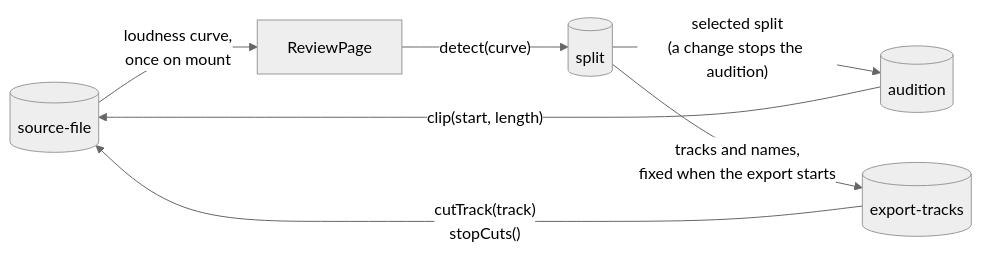
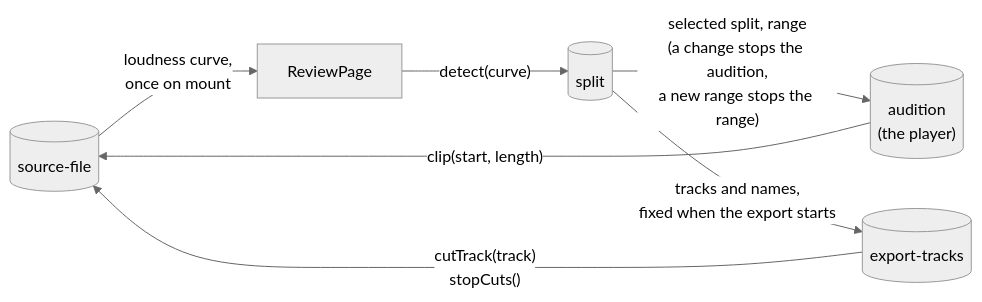
Before and after one commit to suleymanyaryev/audio-splitter: the first of 7 diagrams in docs/architecture.md, drawn with Mermaid (neutral theme). The commit also changed other lines of this file and 13 other files, not shown here.

Commit message:
feat: play the range, with the audition store as the one player

````diff
--- a/docs/architecture.md
+++ b/docs/architecture.md
@@ -18,15 +18,15 @@
 ```mermaid
 flowchart LR
   sourceFile[("source-file")]
   split[("split")]
-  audition[("audition")]
+  audition[("audition<br/>(the player)")]
   exporter[("export-tracks")]
   reviewPage["ReviewPage"]
 
   sourceFile -- "loudness curve,<br/>once on mount" --> reviewPage
   reviewPage -- "detect(curve)" --> split
-  split -- "selected split<br/>(a change stops the audition)" --> audition
+  split -- "selected split, range<br/>(a change stops the audition,<br/>a new range stops the range)" --> audition
   audition -- "clip(start, length)" --> sourceFile
   split -- "tracks and names,<br/>fixed when the export starts" --> exporter
   exporter -- "cutTrack(track)<br/>stopCuts()" --> sourceFile
 ```
````
